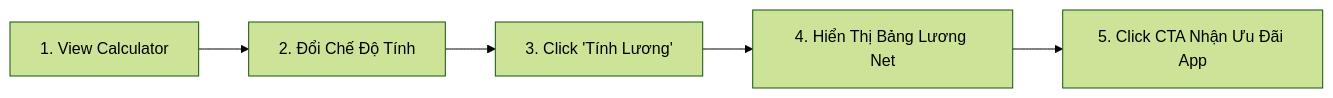
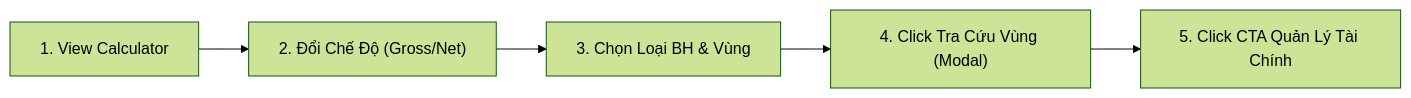
One commit to vanhien26/hienho-knowledgebase changed the second of 13 diagrams in umami_utility_tracking.md. Above: the diagram before and after it, drawn with Mermaid (forest theme). The commit also changed other lines of this file and 92 other files, not shown here.

````diff
--- a/umami_utility_tracking.md
+++ b/umami_utility_tracking.md
@@ -151,7 +130,7 @@
 ```mermaid
 graph LR
-    Step1["1. View Calculator"] --> Step2["2. Đổi Chế Độ Tính"]
-    Step2 --> Step3["3. Click 'Tính Lương'"]
-    Step3 --> Step4["4. Hiển Thị Bảng Lương Net"]
-    Step4 --> Step5["5. Click CTA Nhận Ưu Đãi App"]
+    Step1["1. View Calculator"] --> Step2["2. Đổi Chế Độ (Gross/Net)"]
+    Step2 --> Step3["3. Chọn Loại BH & Vùng"]
+    Step3 --> Step4["4. Click Tra Cứu Vùng (Modal)"]
+    Step4 --> Step5["5. Click CTA Quản Lý Tài Chính"]
 ```
````
